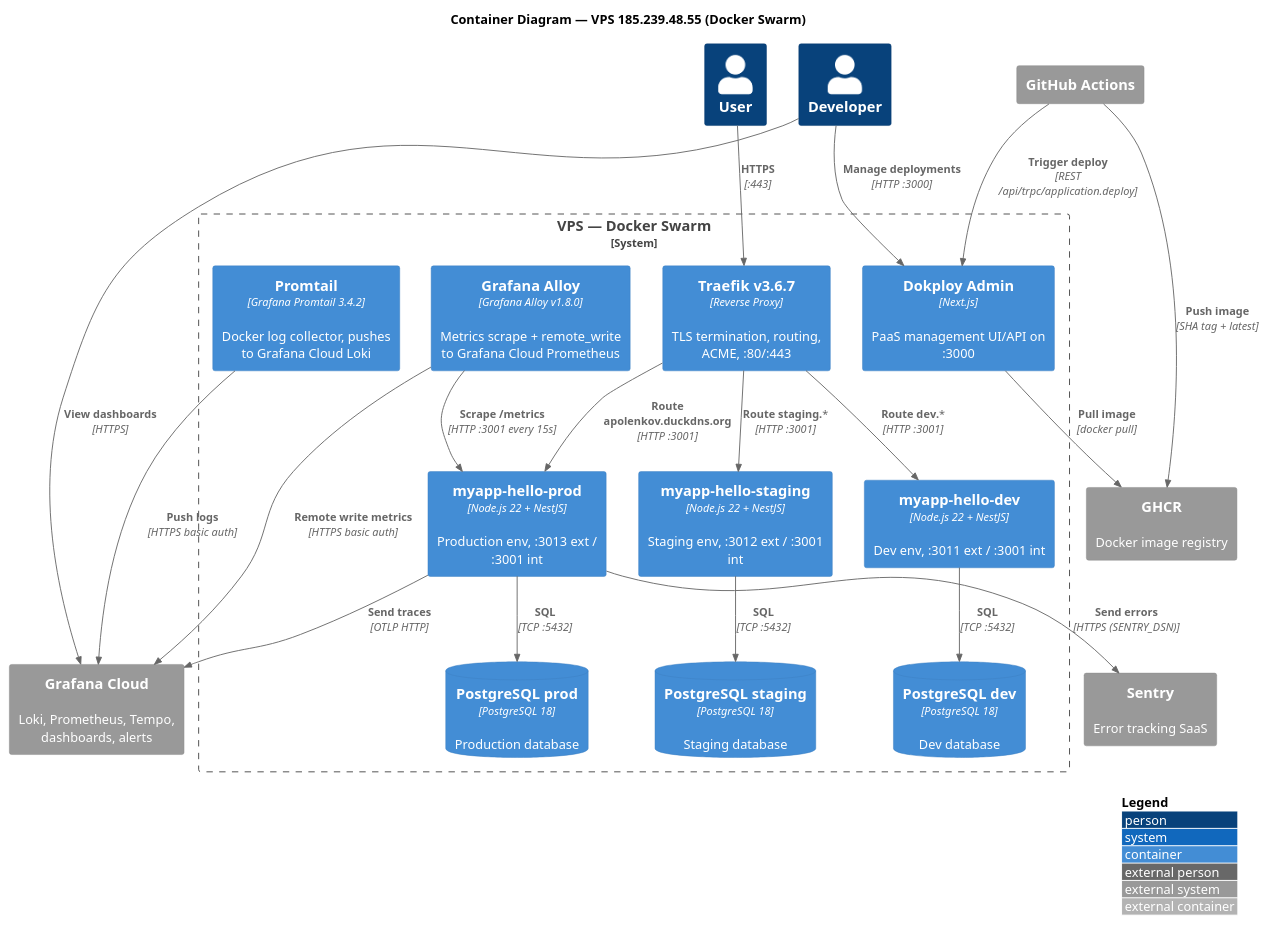
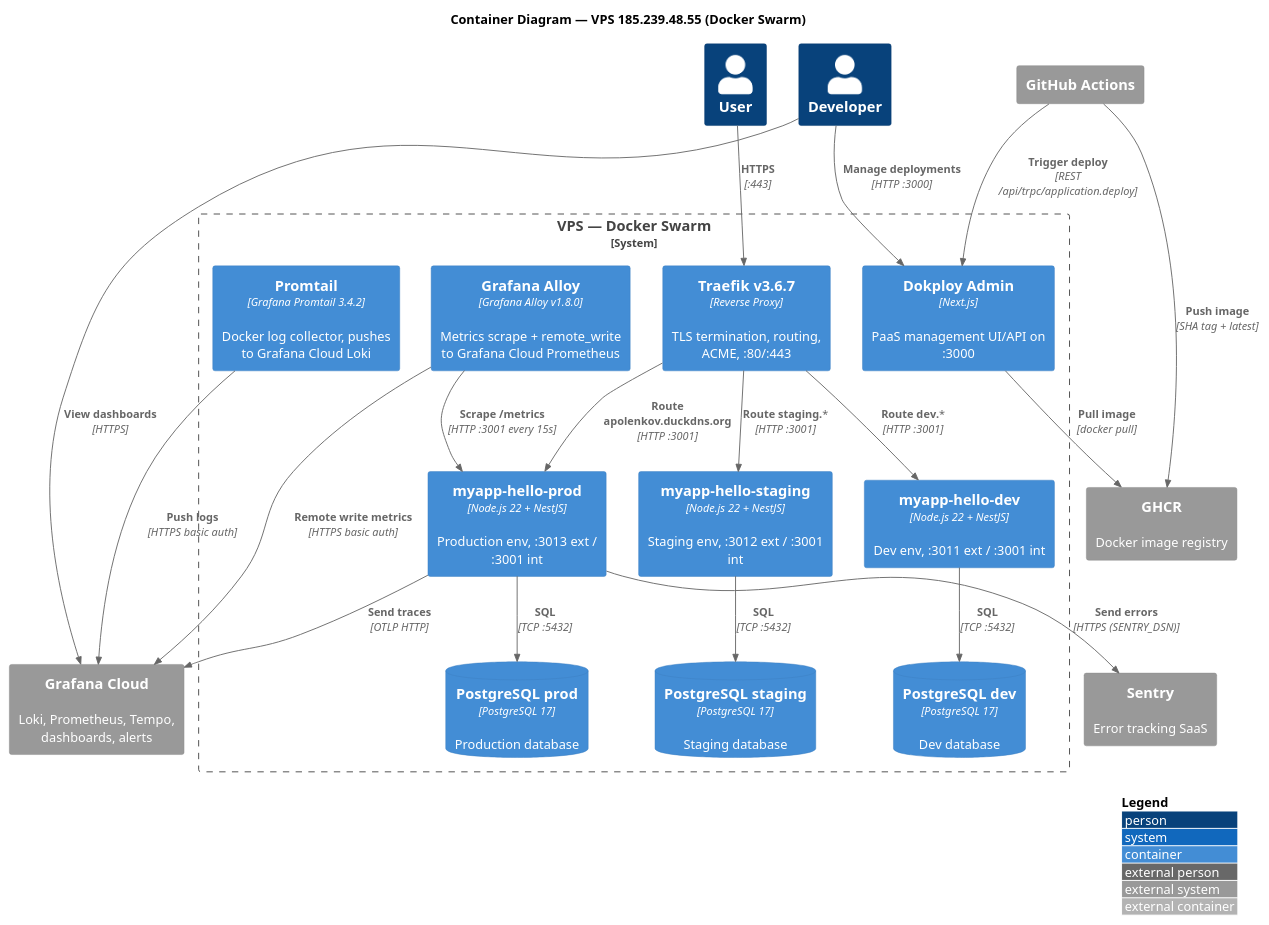
Before and after one commit to apolenkov/myapp-hello: the second of 4 diagrams in docs/architecture.md, drawn with PlantUML. The commit also changed other lines of this file and 19 other files, not shown here.

````diff
--- a/docs/architecture.md
+++ b/docs/architecture.md
@@ -43,42 +43,42 @@
 ```plantuml
 @startuml
 !include https://raw.githubusercontent.com/plantuml-stdlib/C4-PlantUML/master/C4_Container.puml
 title Container Diagram — VPS 185.239.48.55 (Docker Swarm)
 Person(user, "User")
 Person(dev, "Developer")
 System_Boundary(vps, "VPS — Docker Swarm") {
     Container(traefik, "Traefik v3.6.7", "Reverse Proxy", "TLS termination, routing, ACME, :80/:443")
     Container(dokploy_admin, "Dokploy Admin", "Next.js", "PaaS management UI/API on :3000")
     Container(app_prod, "myapp-hello-prod", "Node.js 22 + NestJS", "Production env, :3013 ext / :3001 int")
     Container(app_staging, "myapp-hello-staging", "Node.js 22 + NestJS", "Staging env, :3012 ext / :3001 int")
     Container(app_dev, "myapp-hello-dev", "Node.js 22 + NestJS", "Dev env, :3011 ext / :3001 int")
-    ContainerDb(pg_prod, "PostgreSQL prod", "PostgreSQL 18", "Production database")
-    ContainerDb(pg_staging, "PostgreSQL staging", "PostgreSQL 18", "Staging database")
-    ContainerDb(pg_dev, "PostgreSQL dev", "PostgreSQL 18", "Dev database")
+    ContainerDb(pg_prod, "PostgreSQL prod", "PostgreSQL 17", "Production database")
+    ContainerDb(pg_staging, "PostgreSQL staging", "PostgreSQL 17", "Staging database")
+    ContainerDb(pg_dev, "PostgreSQL dev", "PostgreSQL 17", "Dev database")
     Container(promtail, "Promtail", "Grafana Promtail 3.4.2", "Docker log collector, pushes to Grafana Cloud Loki")
     Container(alloy, "Grafana Alloy", "Grafana Alloy v1.8.0", "Metrics scrape + remote_write to Grafana Cloud Prometheus")
 }
 System_Ext(github, "GitHub Actions")
 System_Ext(ghcr, "GHCR", "Docker image registry")
 System_Ext(grafana_cloud, "Grafana Cloud", "Loki, Prometheus, Tempo, dashboards, alerts")
 System_Ext(sentry, "Sentry", "Error tracking SaaS")
 Rel(user, traefik, "HTTPS", ":443")
 Rel(dev, dokploy_admin, "Manage deployments", "HTTP :3000")
 Rel(dev, grafana_cloud, "View dashboards", "HTTPS")
 Rel(github, ghcr, "Push image", "SHA tag + latest")
 Rel(github, dokploy_admin, "Trigger deploy", "REST /api/trpc/application.deploy")
 Rel(dokploy_admin, ghcr, "Pull image", "docker pull")
 Rel(traefik, app_prod, "Route apolenkov.duckdns.org", "HTTP :3001")
 Rel(traefik, app_staging, "Route staging.*", "HTTP :3001")
 Rel(traefik, app_dev, "Route dev.*", "HTTP :3001")
 Rel(app_prod, pg_prod, "SQL", "TCP :5432")
 Rel(app_staging, pg_staging, "SQL", "TCP :5432")
 Rel(app_dev, pg_dev, "SQL", "TCP :5432")
 Rel(alloy, app_prod, "Scrape /metrics", "HTTP :3001 every 15s")
 Rel(alloy, grafana_cloud, "Remote write metrics", "HTTPS basic auth")
 Rel(promtail, grafana_cloud, "Push logs", "HTTPS basic auth")
 Rel(app_prod, grafana_cloud, "Send traces", "OTLP HTTP")
 Rel(app_prod, sentry, "Send errors", "HTTPS (SENTRY_DSN)")
 LAYOUT_WITH_LEGEND()
 @enduml
 ```
````
